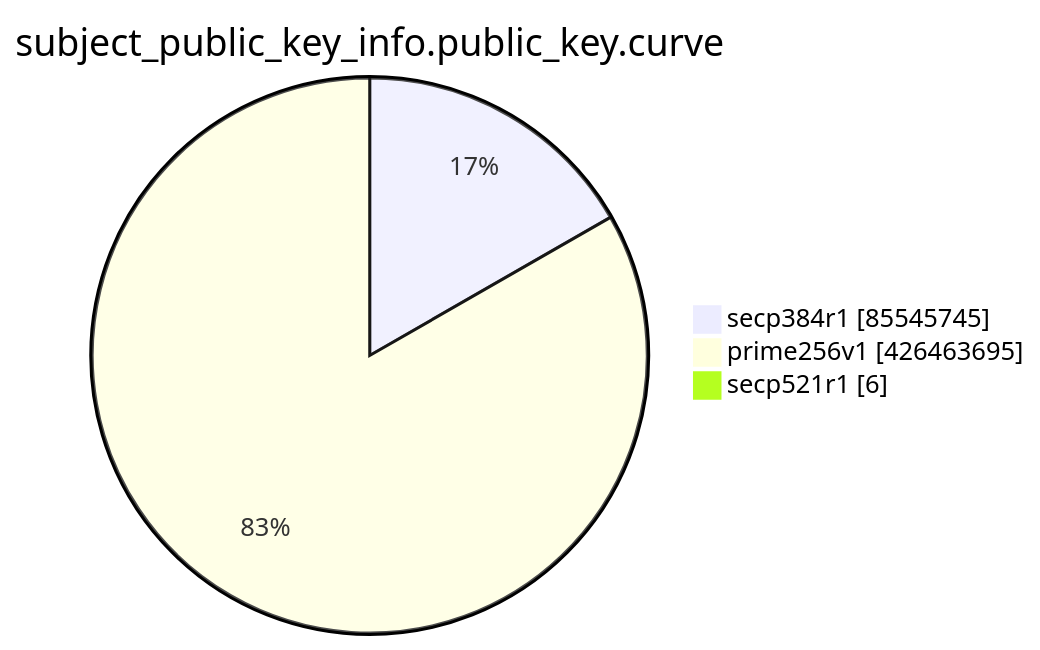
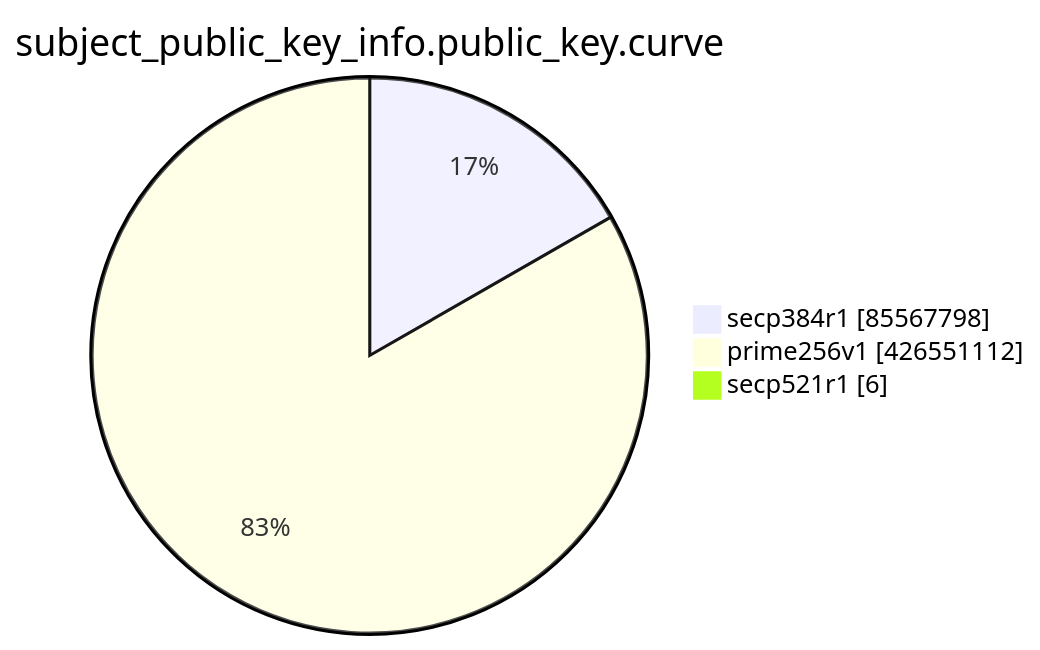
One commit to christiankrug/ctmonitor_visualization changed the eighth of 15 diagrams in TOTAL/README.md. Above: the diagram before and after it, drawn with Mermaid. The commit also changed other lines of this file, not shown here.

````diff
--- a/TOTAL/README.md
+++ b/TOTAL/README.md
@@ -3100,7 +3100,7 @@
 ```mermaid
 pie showData
 title subject_public_key_info.public_key.curve
-"secp384r1" :85545745
-"prime256v1" :426463695
+"secp384r1" :85567798
+"prime256v1" :426551112
 "secp521r1" :6
 ```
````
